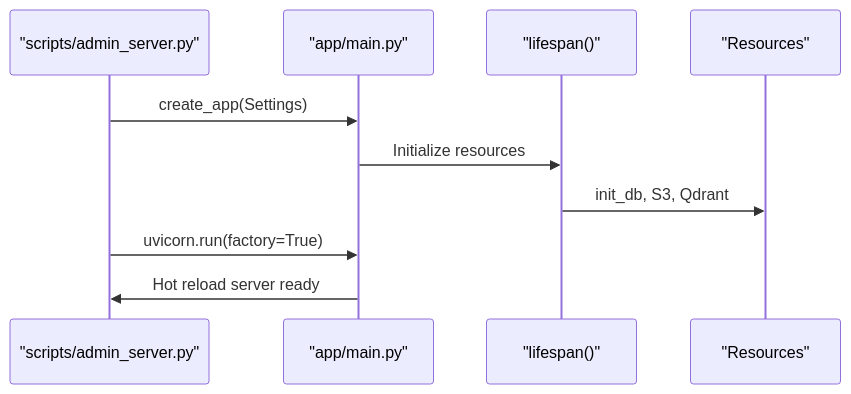
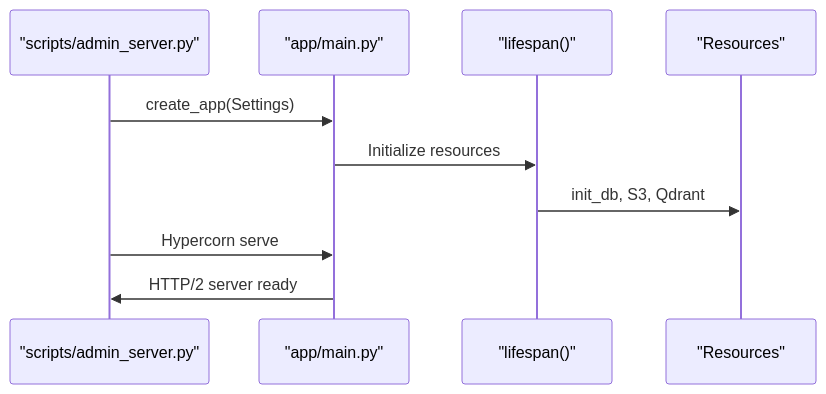
The third of 5 diagrams in .qoder/repowiki/en/content/Development Workflow/Development Workflow.md (ognelis/cafetera_hr_bot), drawn with Mermaid before and after one commit. The commit also changed other lines of this file and 2 other files, not shown here.

````diff
--- a/.qoder/repowiki/en/content/Development Workflow/Development Workflow.md
+++ b/.qoder/repowiki/en/content/Development Workflow/Development Workflow.md
@@ -217,12 +250,12 @@
 ```mermaid
 sequenceDiagram
 participant CLI as "scripts/admin_server.py"
 participant APP as "app/main.py"
 participant LIFESPAN as "lifespan()"
 participant RES as "Resources"
 CLI->>APP : create_app(Settings)
 APP->>LIFESPAN : Initialize resources
 LIFESPAN->>RES : init_db, S3, Qdrant
-CLI->>APP : uvicorn.run(factory=True)
-APP->>CLI : Hot reload server ready
+CLI->>APP : Hypercorn serve
+APP->>CLI : HTTP/2 server ready
 ```
````
